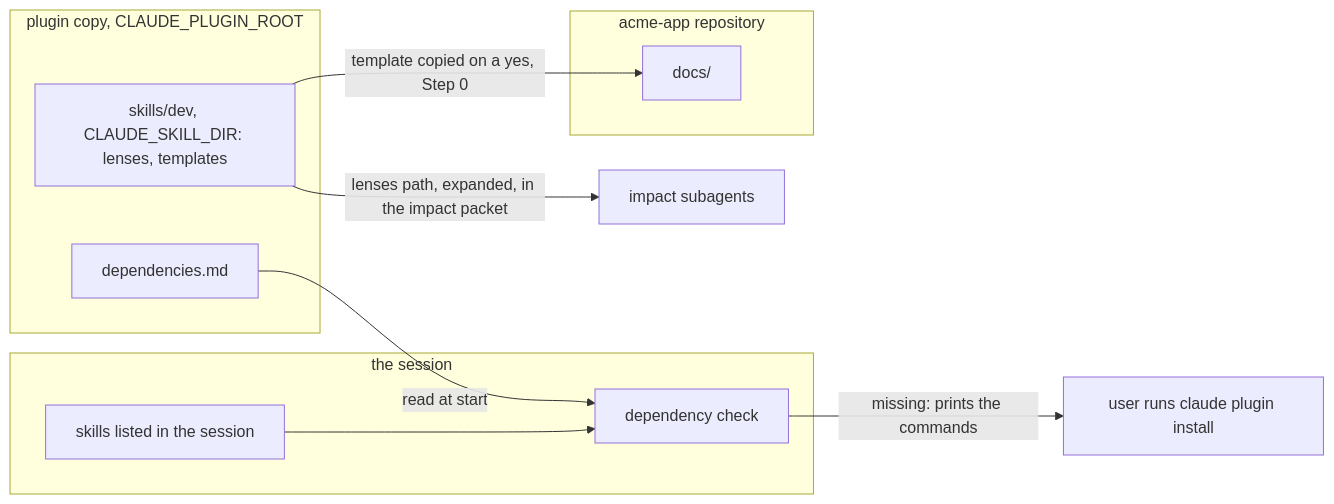
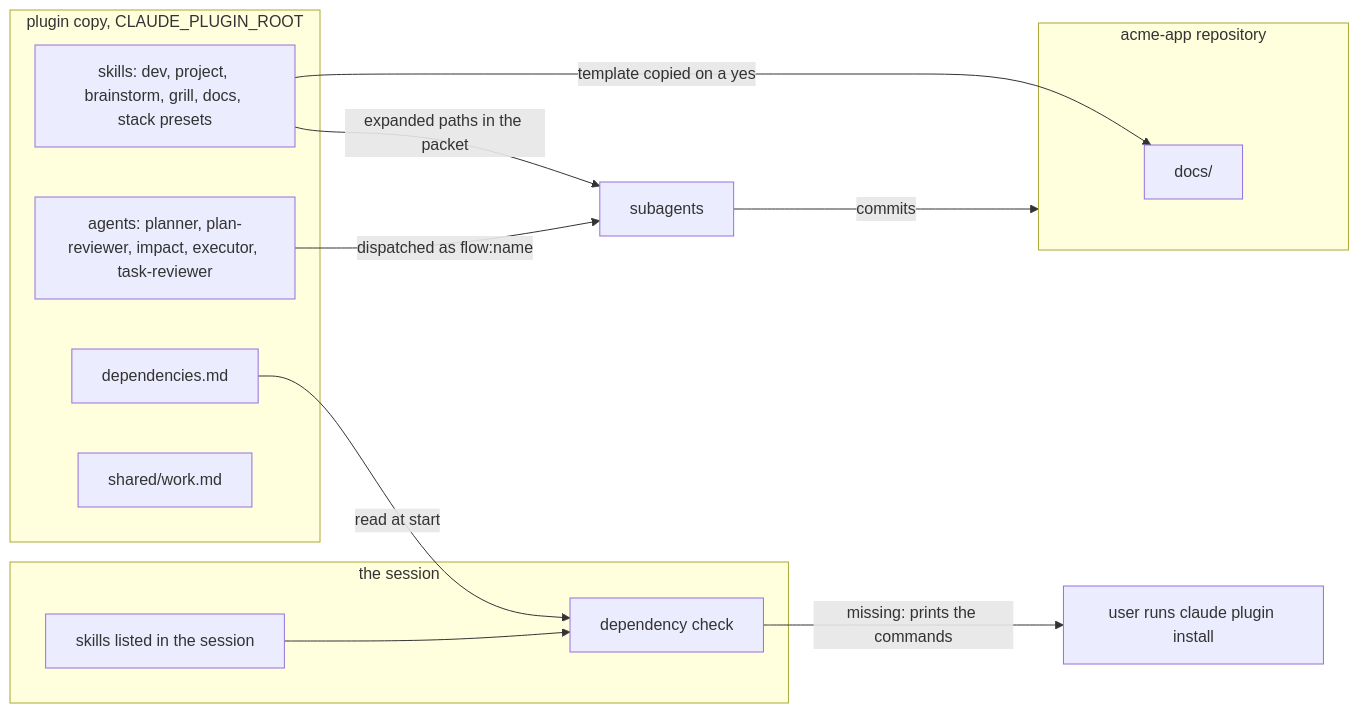
One commit to spleenteo/devflow changed the fourth of 4 diagrams in docs/architecture.md. Above: the diagram before and after it, drawn with Mermaid. The commit also changed other lines of this file and 2 other files, not shown here.

Commit message:
Rewrite README and architecture for Flow's own engine

````diff
--- a/docs/architecture.md
+++ b/docs/architecture.md
@@ -174,19 +199,23 @@
 ```mermaid
 flowchart LR
   subgraph plugin["plugin copy, CLAUDE_PLUGIN_ROOT"]
     deplist["dependencies.md"]
-    skilldir["skills/dev, CLAUDE_SKILL_DIR: lenses, templates"]
+    agentdir["agents: planner, plan-reviewer, impact, executor, task-reviewer"]
+    skilldir["skills: dev, project, brainstorm, grill, docs, stack presets"]
+    shared["shared/work.md"]
   end
   subgraph session["the session"]
     listed["skills listed in the session"]
     check["dependency check"]
   end
   subgraph repo["acme-app repository"]
     docs["docs/"]
   end
   deplist -->|"read at start"| check
   listed --> check
   check -->|"missing: prints the commands"| usr["user runs claude plugin install"]
-  skilldir -->|"template copied on a yes, Step 0"| docs
-  skilldir -->|"lenses path, expanded, in the impact packet"| check2["impact subagents"]
+  skilldir -->|"template copied on a yes"| docs
+  skilldir -->|"expanded paths in the packet"| agents["subagents"]
+  agentdir -->|"dispatched as flow:name"| agents
+  agents -->|"commits"| repo
 ```
````
